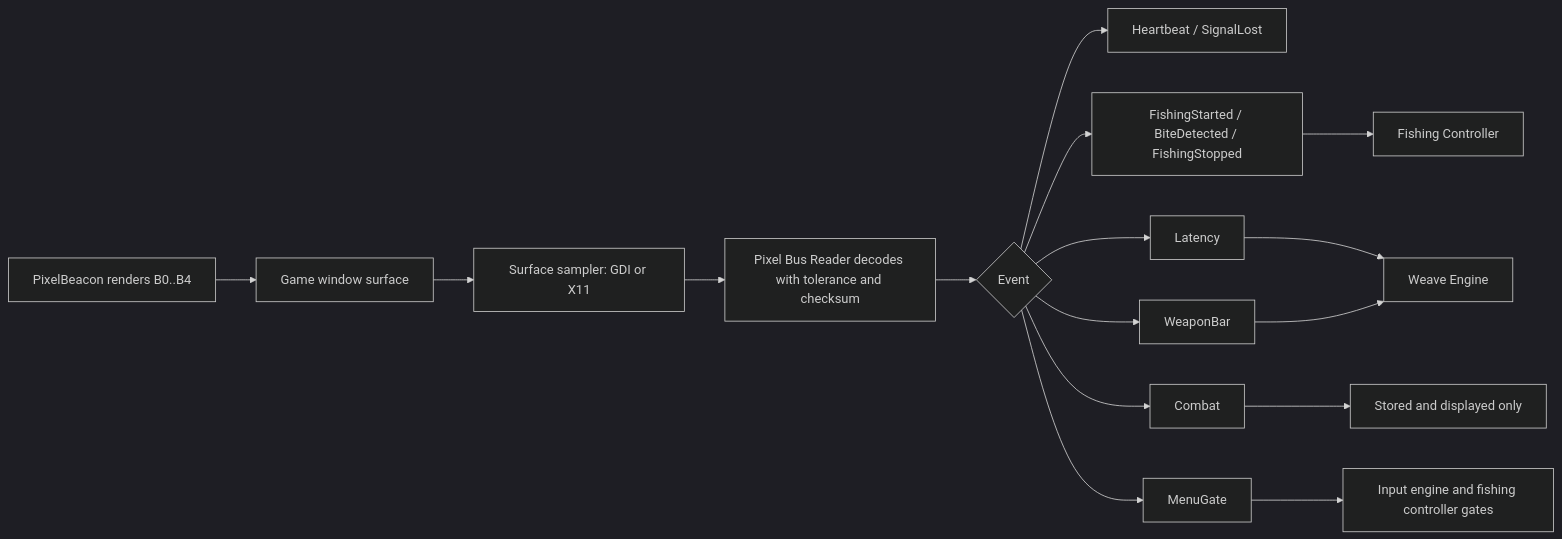
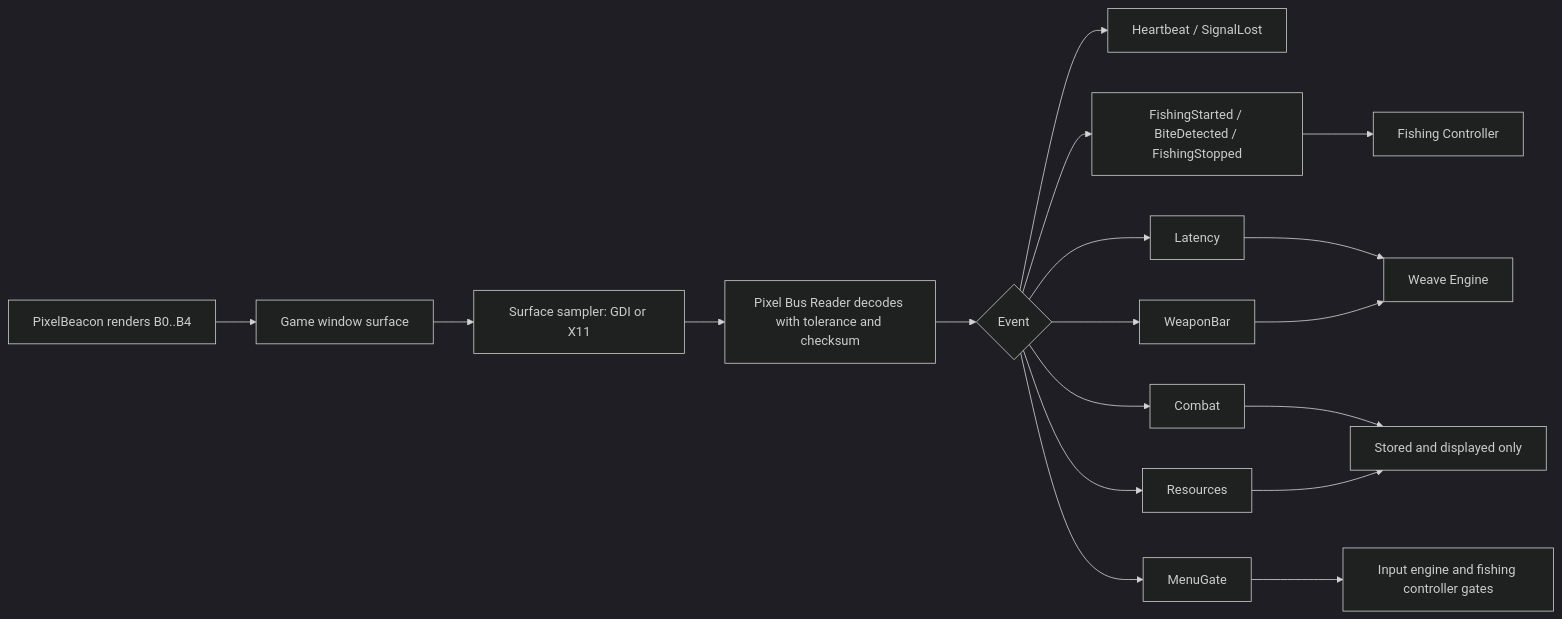
The sixth of 10 diagrams in docs/ESO-Weave-Specification-v0.2.0.md (h8rt3rmin8r/eso-weave), drawn with Mermaid (dark theme) before and after one commit. The commit also changed other lines of this file and 25 other files, not shown here.

````diff
--- a/docs/ESO-Weave-Specification-v0.2.0.md
+++ b/docs/ESO-Weave-Specification-v0.2.0.md
@@ -561,18 +587,20 @@
 ```mermaid
 flowchart LR
     ADDON[PixelBeacon renders B0..B4] --> SURF[Game window surface]
     SURF --> SMP[Surface sampler: GDI or X11]
     SMP --> RDR[Pixel Bus Reader decodes with tolerance and checksum]
     RDR --> EVT{Event}
     EVT --> HB[Heartbeat / SignalLost]
     EVT --> FISH[FishingStarted / BiteDetected / FishingStopped]
     EVT --> LAT[Latency]
     EVT --> WB[WeaponBar]
     EVT --> CMB[Combat]
     EVT --> MENU[MenuGate]
+    EVT --> RES[Resources]
     FISH --> FC[Fishing Controller]
     LAT --> WE[Weave Engine]
     WB --> WE
     CMB --> STORE[Stored and displayed only]
     MENU --> GATE[Input engine and fishing controller gates]
+    RES --> STORE
 ```
````
